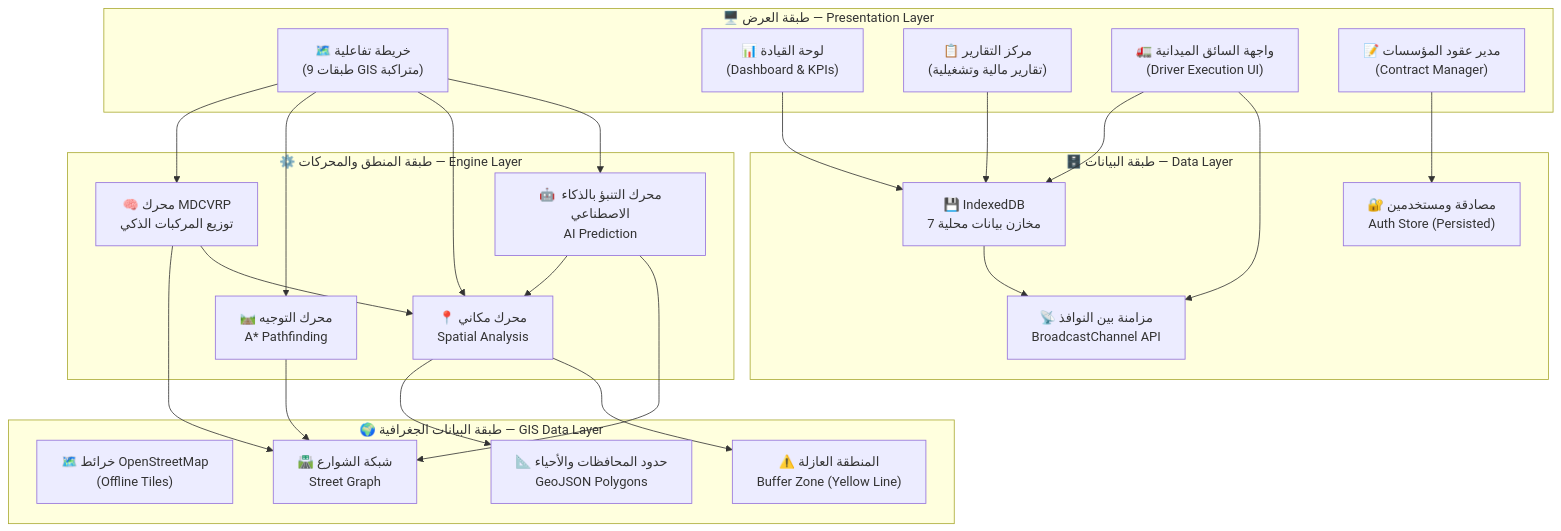
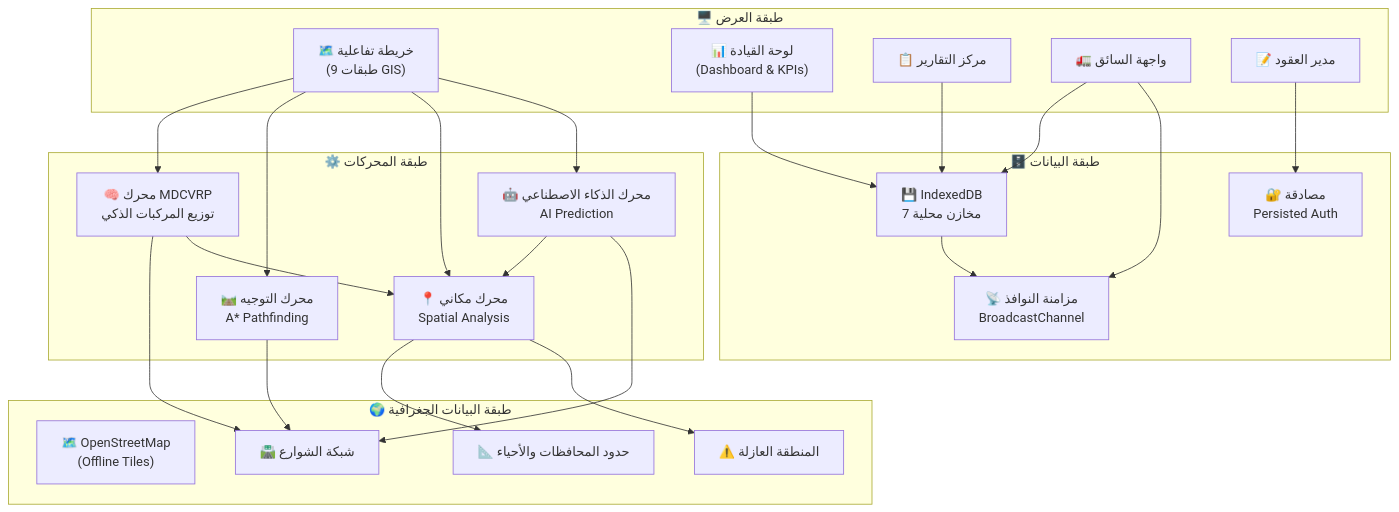
One commit to anasashqar/WaterSyncGaza changed the first of 3 diagrams in README.md. Above: the diagram before and after it, drawn with Mermaid. The commit also changed other lines of this file, not shown here.

````diff
--- a/README.md
+++ b/README.md
@@ -47,43 +113,43 @@
 ```mermaid
 graph TB
-    subgraph "🖥️ طبقة العرض — Presentation Layer"
-        A["🗺️ خريطة تفاعلية<br/>(9 طبقات GIS متراكبة)"]
+    subgraph "🖥️ طبقة العرض"
+        A["🗺️ خريطة تفاعلية<br/>(9 طبقات GIS)"]
         B["📊 لوحة القيادة<br/>(Dashboard & KPIs)"]
-        C["📋 مركز التقارير<br/>(تقارير مالية وتشغيلية)"]
-        D["🚛 واجهة السائق الميدانية<br/>(Driver Execution UI)"]
-        E["📝 مدير عقود المؤسسات<br/>(Contract Manager)"]
+        C["📋 مركز التقارير"]
+        D["🚛 واجهة السائق"]
+        E["📝 مدير العقود"]
     end
 
-    subgraph "⚙️ طبقة المنطق والمحركات — Engine Layer"
+    subgraph "⚙️ طبقة المحركات"
         F["🧠 محرك MDCVRP<br/>توزيع المركبات الذكي"]
         G["🛤️ محرك التوجيه<br/>A* Pathfinding"]
         H["📍 محرك مكاني<br/>Spatial Analysis"]
-        I["🤖 محرك التنبؤ بالذكاء الاصطناعي<br/>AI Prediction"]
+        I["🤖 محرك الذكاء الاصطناعي<br/>AI Prediction"]
     end
 
-    subgraph "🗄️ طبقة البيانات — Data Layer"
-        J["💾 IndexedDB<br/>7 مخازن بيانات محلية"]
-        K["📡 مزامنة بين النوافذ<br/>BroadcastChannel API"]
-        L["🔐 مصادقة ومستخدمين<br/>Auth Store (Persisted)"]
+    subgraph "🗄️ طبقة البيانات"
+        J["💾 IndexedDB<br/>7 مخازن محلية"]
+        K["📡 مزامنة النوافذ<br/>BroadcastChannel"]
+        L["🔐 مصادقة<br/>Persisted Auth"]
     end
 
-    subgraph "🌍 طبقة البيانات الجغرافية — GIS Data Layer"
-        M["🗺️ خرائط OpenStreetMap<br/>(Offline Tiles)"]
-        N["📐 حدود المحافظات والأحياء<br/>GeoJSON Polygons"]
-        O["🛣️ شبكة الشوارع<br/>Street Graph"]
-        P["⚠️ المنطقة العازلة<br/>Buffer Zone (Yellow Line)"]
+    subgraph "🌍 طبقة البيانات الجغرافية"
+        M["🗺️ OpenStreetMap<br/>(Offline Tiles)"]
+        N["📐 حدود المحافظات والأحياء"]
+        O["🛣️ شبكة الشوارع"]
+        P["⚠️ المنطقة العازلة"]
     end
 
     A --> F & G & H & I
     B --> J
     C --> J
     D --> J & K
     E --> L
 
     F --> O & H
     G --> O
     H --> N & P
     I --> H & O
 
     J --> K
 ```
````
